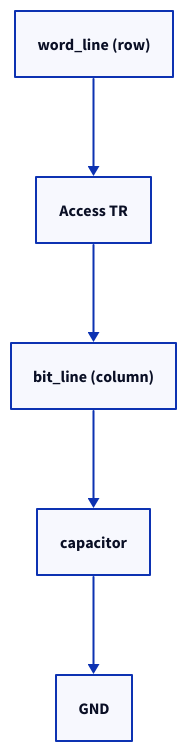
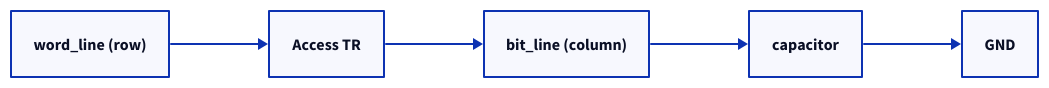
One commit to humbleowl39/DV_SKOOL changed the first of 2 diagrams in topics/dram_jedec_dv/docs/01_dram_jedec_landscape.md. Above: the diagram before and after it, drawn with D2. The commit also changed 5 other files, not shown here.

First line of the commit message:
docs: sparse 다이어그램 컴팩트화 — 1T1C 등 저노드 tall 체인 가로 전환

````diff
--- a/topics/dram_jedec_dv/docs/01_dram_jedec_landscape.md
+++ b/topics/dram_jedec_dv/docs/01_dram_jedec_landscape.md
@@ -40,14 +40,14 @@
 ```d2
-direction: down
+direction: right
 
 word_line: "word_line (row)"
 Access_TR: Access TR
 bit_line: "bit_line (column)"
 capacitor: capacitor
 GND: GND
 
 word_line -> Access_TR
 Access_TR -> bit_line
 bit_line -> capacitor
 capacitor -> GND
 ```
````
